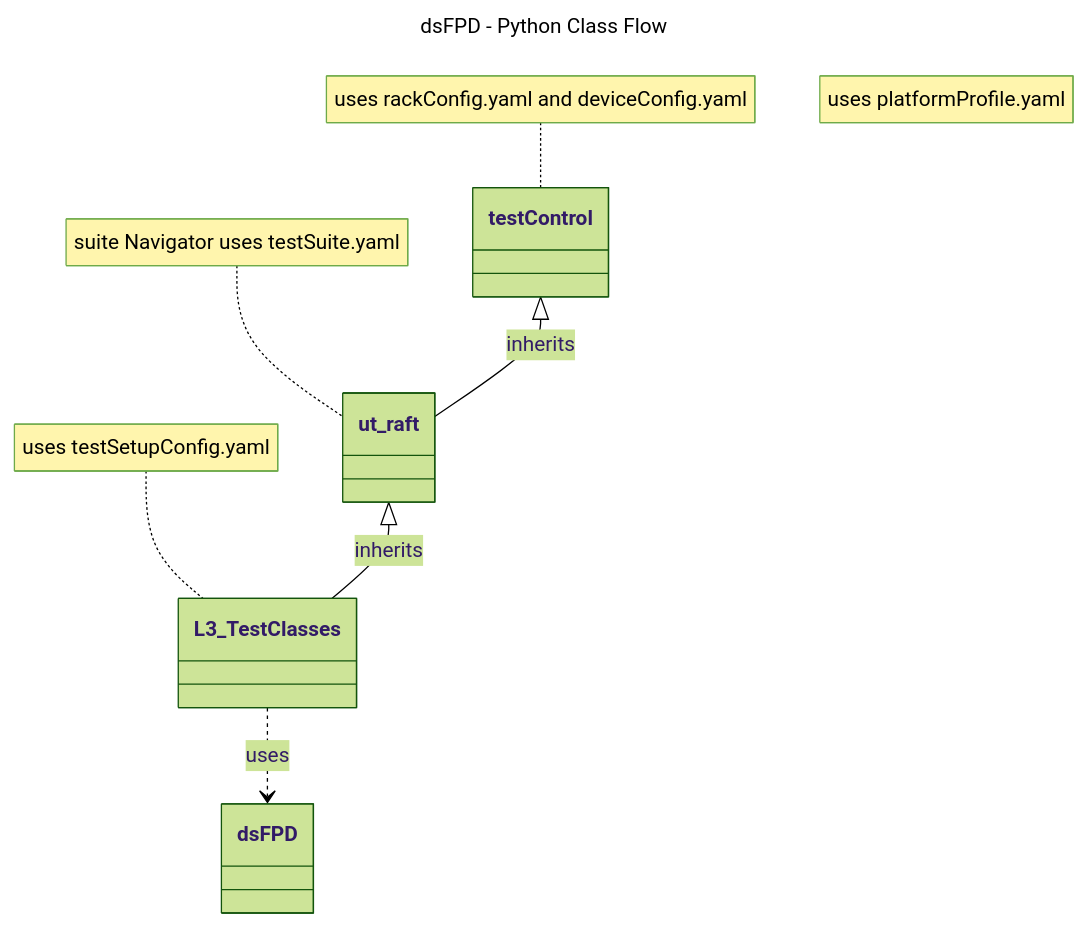
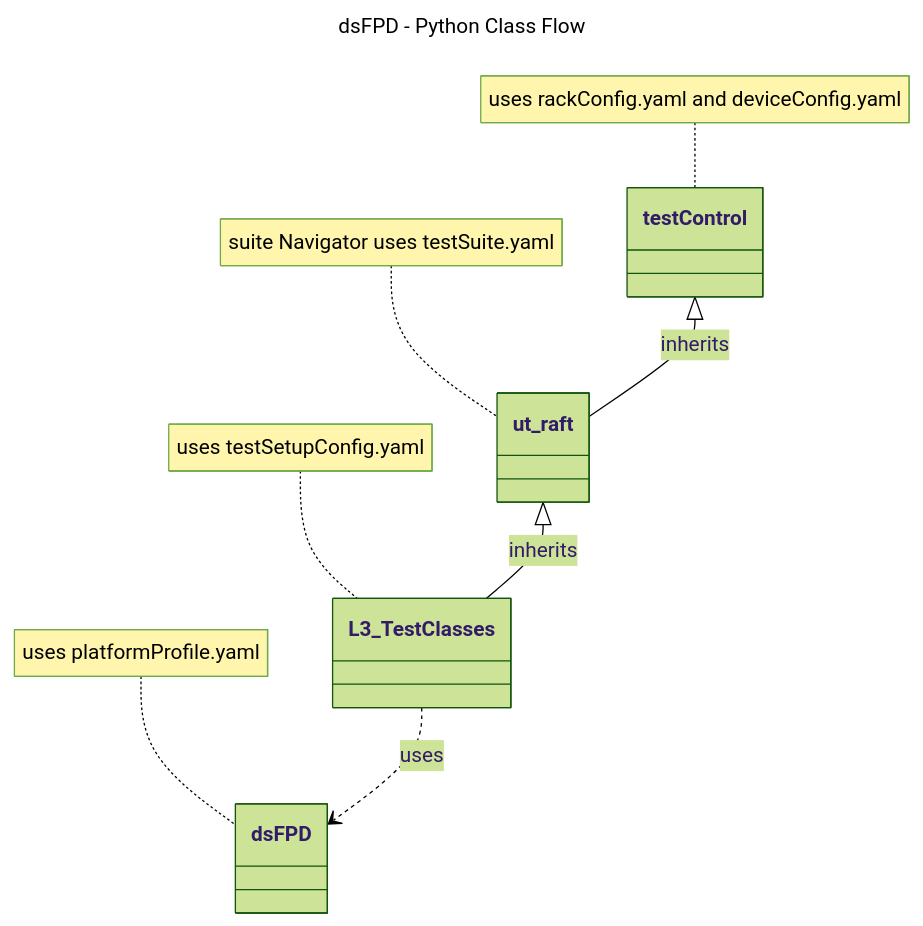
Before and after one commit to rdkcentral/rdk-halif-test-device_settings: the diagram in docs/pages/dsFPD/ds-front-panel-display_L3_Low-Level_TestSpecification.md, drawn with Mermaid (forest theme). The commit also changed other lines of this file, not shown here.

Commit message:
gh #175 L3 FPD test spec
* Addressing review comments

````diff
--- a/docs/pages/dsFPD/ds-front-panel-display_L3_Low-Level_TestSpecification.md
+++ b/docs/pages/dsFPD/ds-front-panel-display_L3_Low-Level_TestSpecification.md
@@ -45,15 +45,15 @@
 ```mermaid
 ---
 title: dsFPD - Python Class Flow
 ---
 classDiagram
     testControl <|-- ut_raft : inherits
     class ut_raft{
     }
     ut_raft <|-- L3_TestClasses : inherits
     L3_TestClasses ..> dsFPD : uses
     note for testControl "uses rackConfig.yaml and deviceConfig.yaml"
-    note for dsAudio "uses platformProfile.yaml"
+    note for dsFPD "uses platformProfile.yaml"
     note for L3_TestClasses "uses testSetupConfig.yaml"
     note for ut_raft "suite Navigator uses testSuite.yaml"
 ```
````
